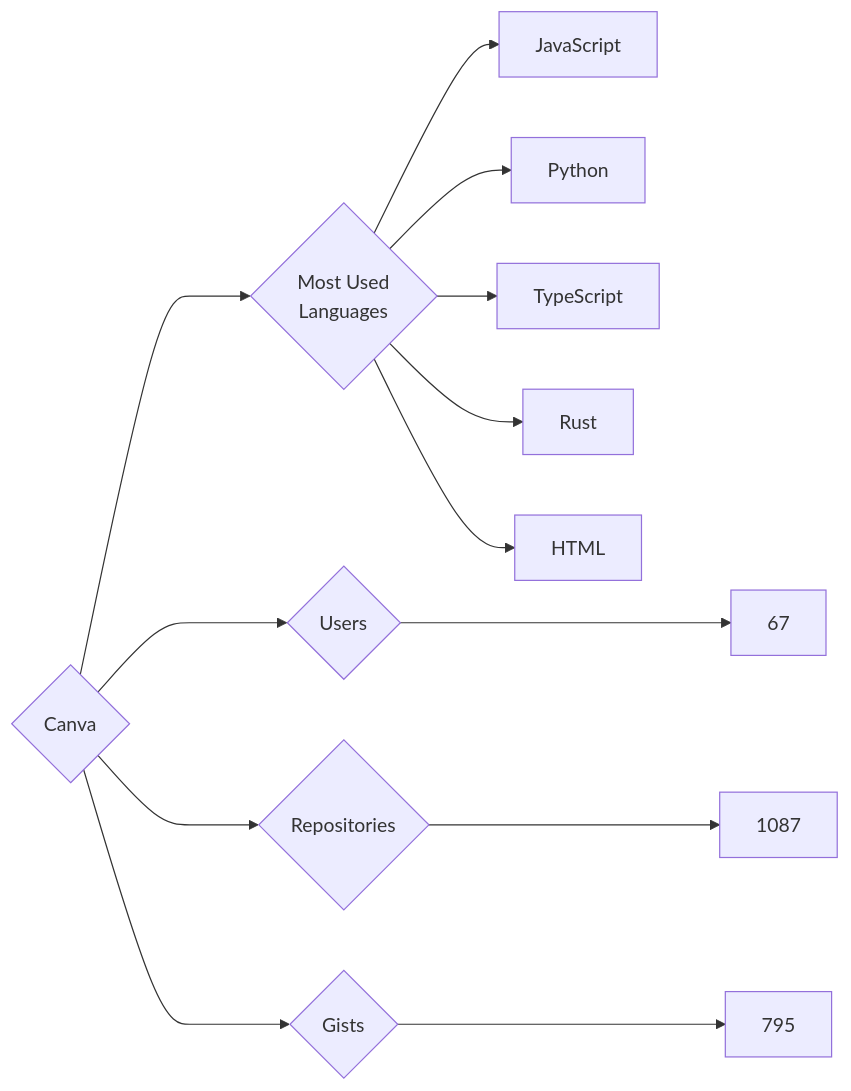
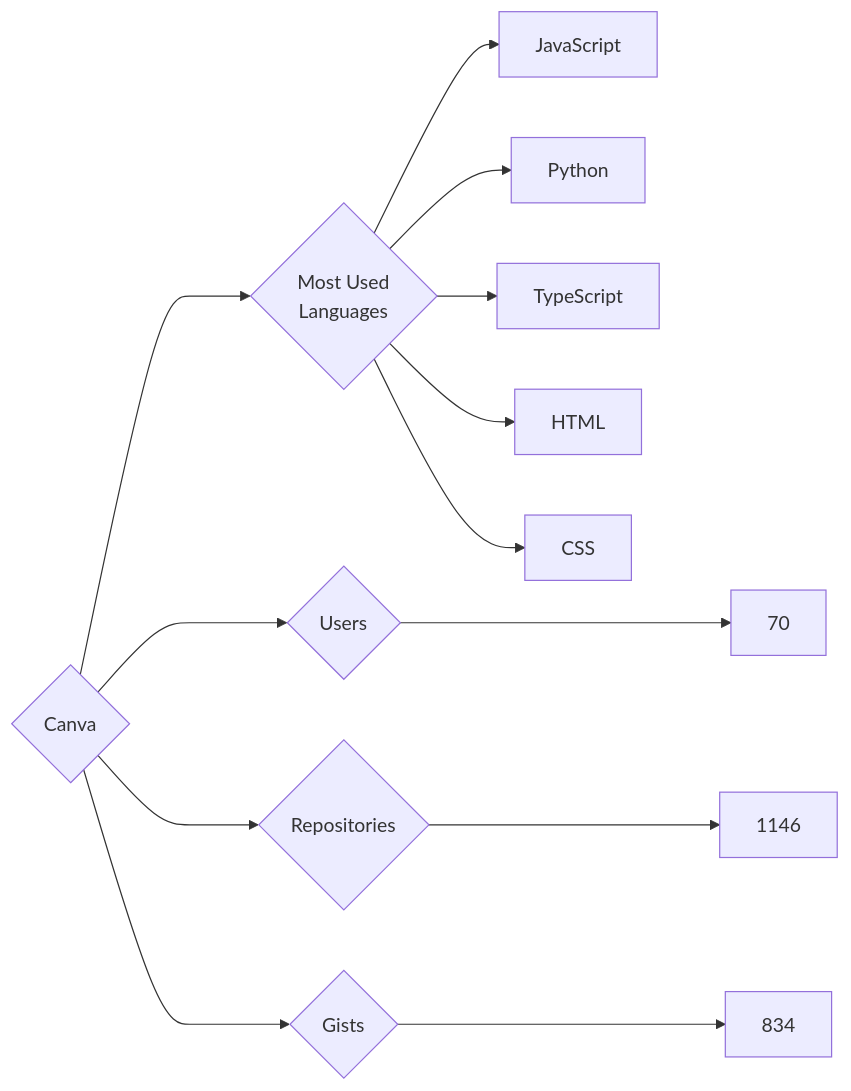
One commit to trickest/insiders changed the diagram in targets/Canva/README.md. Above: the diagram before and after it, drawn with Mermaid. The commit also changed 927 other files, not shown here.

````diff
--- a/targets/Canva/README.md
+++ b/targets/Canva/README.md
@@ -3,13 +3,13 @@
 ```mermaid
 graph LR
 COMPANY_NAME{Canva}
-COMPANY_NAME ---> U{Users} ---> UN[67]
-COMPANY_NAME ---> R{Repositories} ---> RN[1087]
-COMPANY_NAME ---> G{Gists} ---> GN[795]
+COMPANY_NAME ---> U{Users} ---> UN[70]
+COMPANY_NAME ---> R{Repositories} ---> RN[1146]
+COMPANY_NAME ---> G{Gists} ---> GN[834]
 COMPANY_NAME ---> ML{Most Used<br>Languages}
 ML --> JavaScript[JavaScript]
 ML --> Python[Python]
 ML --> TypeScript[TypeScript]
-ML --> Rust[Rust]
 ML --> HTML[HTML]
+ML --> CSS[CSS]
 ```
````
